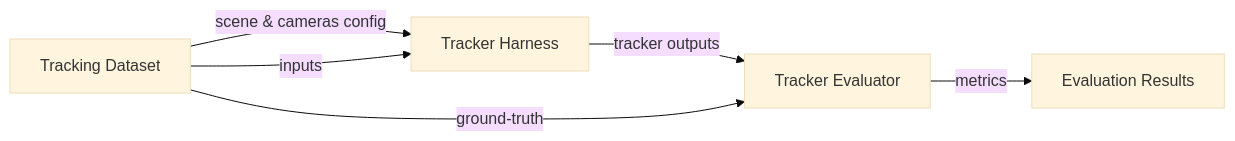
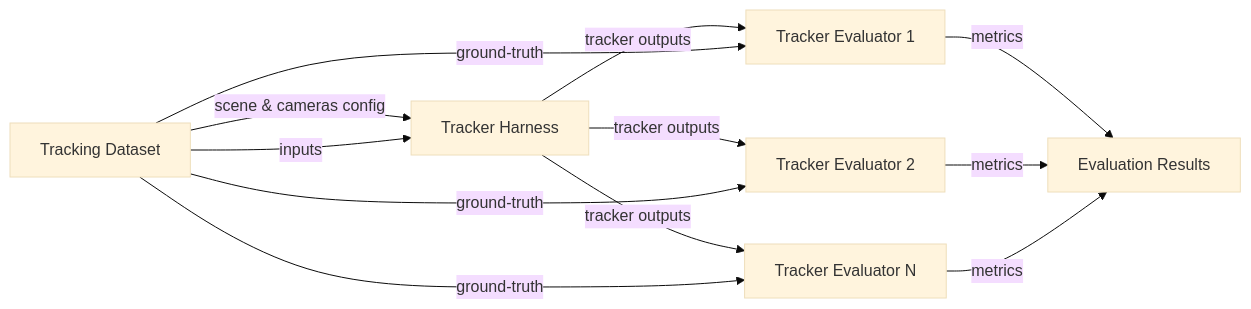
One commit to open-edge-platform/scenescape changed the diagram in docs/design/tracker-evaluation-pipeline.md. Above: the diagram before and after it, drawn with Mermaid (base theme). The commit also changed other lines of this file and 4 other files, not shown here.

````diff
--- a/docs/design/tracker-evaluation-pipeline.md
+++ b/docs/design/tracker-evaluation-pipeline.md
@@ -50,13 +50,21 @@
 ```mermaid
 flowchart LR
     Dataset[Tracking Dataset]
     Harness[Tracker Harness]
-    Evaluator[Tracker Evaluator]
+    Evaluator1[Tracker Evaluator 1]
+    Evaluator2[Tracker Evaluator 2]
+    EvaluatorN[Tracker Evaluator N]
     Results[Evaluation Results]
 
     Dataset -->|scene & cameras config| Harness
     Dataset -->|inputs| Harness
-    Harness -->|tracker outputs| Evaluator
-    Dataset -->|ground-truth| Evaluator
-    Evaluator -->|metrics| Results
+    Harness -->|tracker outputs| Evaluator1
+    Harness -->|tracker outputs| Evaluator2
+    Harness -->|tracker outputs| EvaluatorN
+    Dataset -->|ground-truth| Evaluator1
+    Dataset -->|ground-truth| Evaluator2
+    Dataset -->|ground-truth| EvaluatorN
+    Evaluator1 -->|metrics| Results
+    Evaluator2 -->|metrics| Results
+    EvaluatorN -->|metrics| Results
 ```
````
